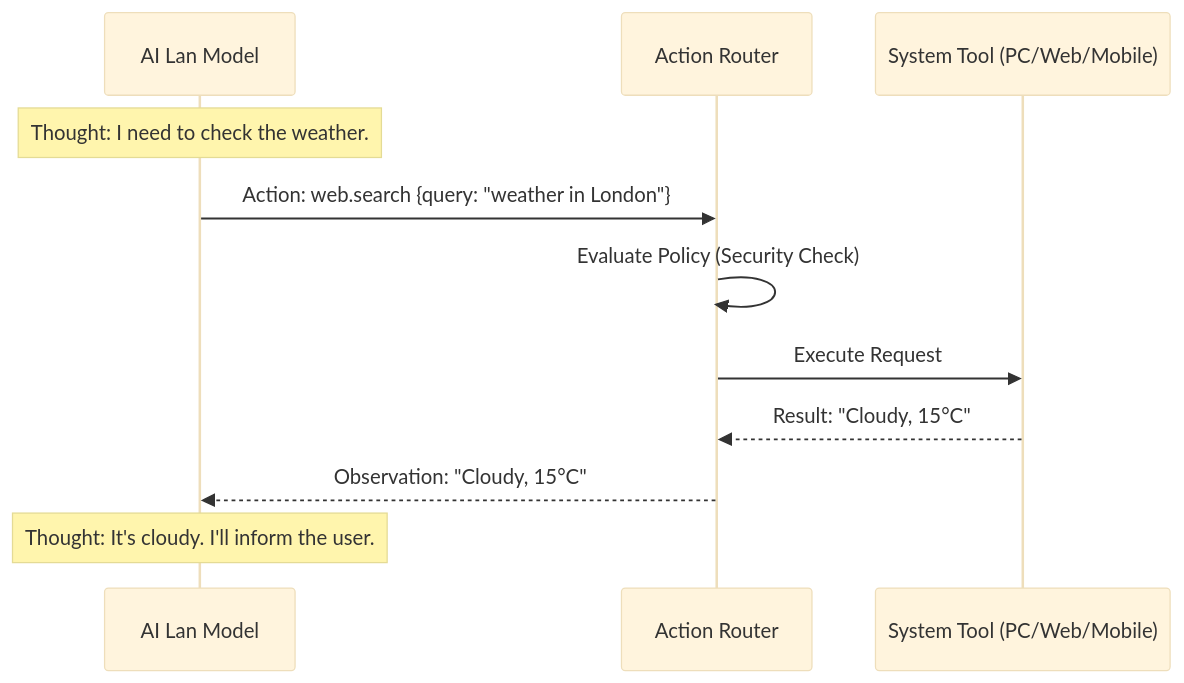
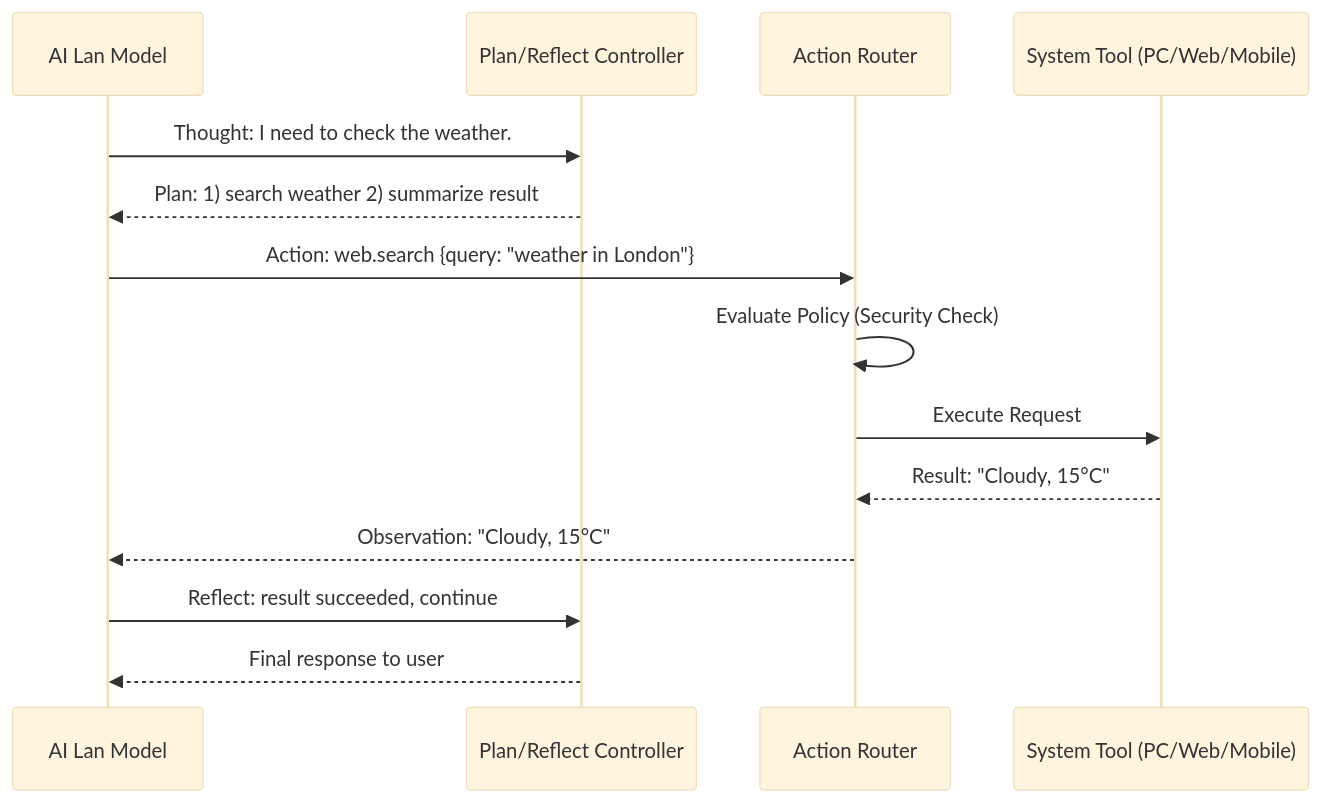
Before and after one commit to zahidprinters/ai-lan-agent: the third of 4 diagrams in docs/ARCHITECTURE.md, drawn with Mermaid (base theme). The commit also changed other lines of this file and 34 other files, not shown here.

````diff
--- a/docs/ARCHITECTURE.md
+++ b/docs/ARCHITECTURE.md
@@ -63,14 +64,17 @@
 ```mermaid
 sequenceDiagram
     participant Model as AI Lan Model
+  participant Planner as Plan/Reflect Controller
     participant Router as Action Router
     participant Tool as System Tool (PC/Web/Mobile)
-    
-    Note over Model: Thought: I need to check the weather.
-    Model->>Router: Action: web.search {query: "weather in London"}
+
+  Model->>Planner: Thought: I need to check the weather.
+  Planner-->>Model: Plan: 1) search weather 2) summarize result
+  Model->>Router: Action: web.search {query: "weather in London"}
     Router->>Router: Evaluate Policy (Security Check)
     Router->>Tool: Execute Request
     Tool-->>Router: Result: "Cloudy, 15°C"
     Router-->>Model: Observation: "Cloudy, 15°C"
-    Note over Model: Thought: It's cloudy. I'll inform the user.
+  Model->>Planner: Reflect: result succeeded, continue
+  Planner-->>Model: Final response to user
 ```
````
